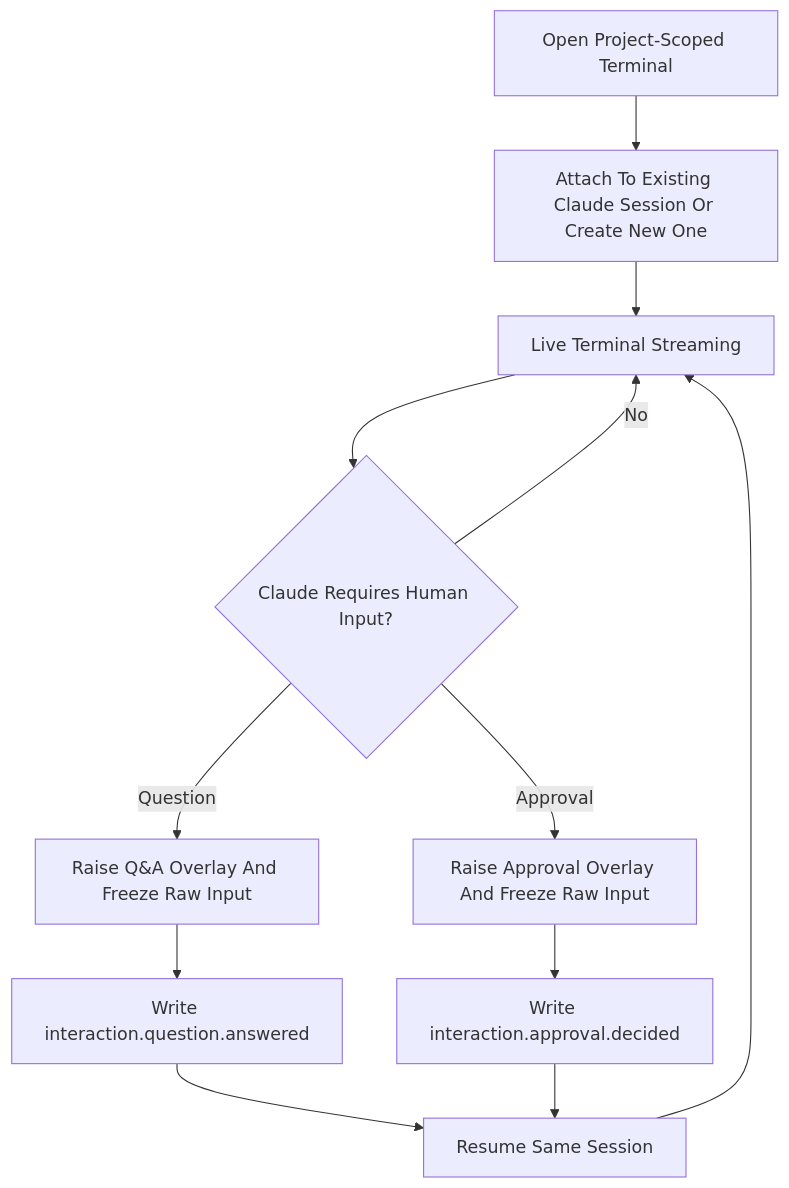
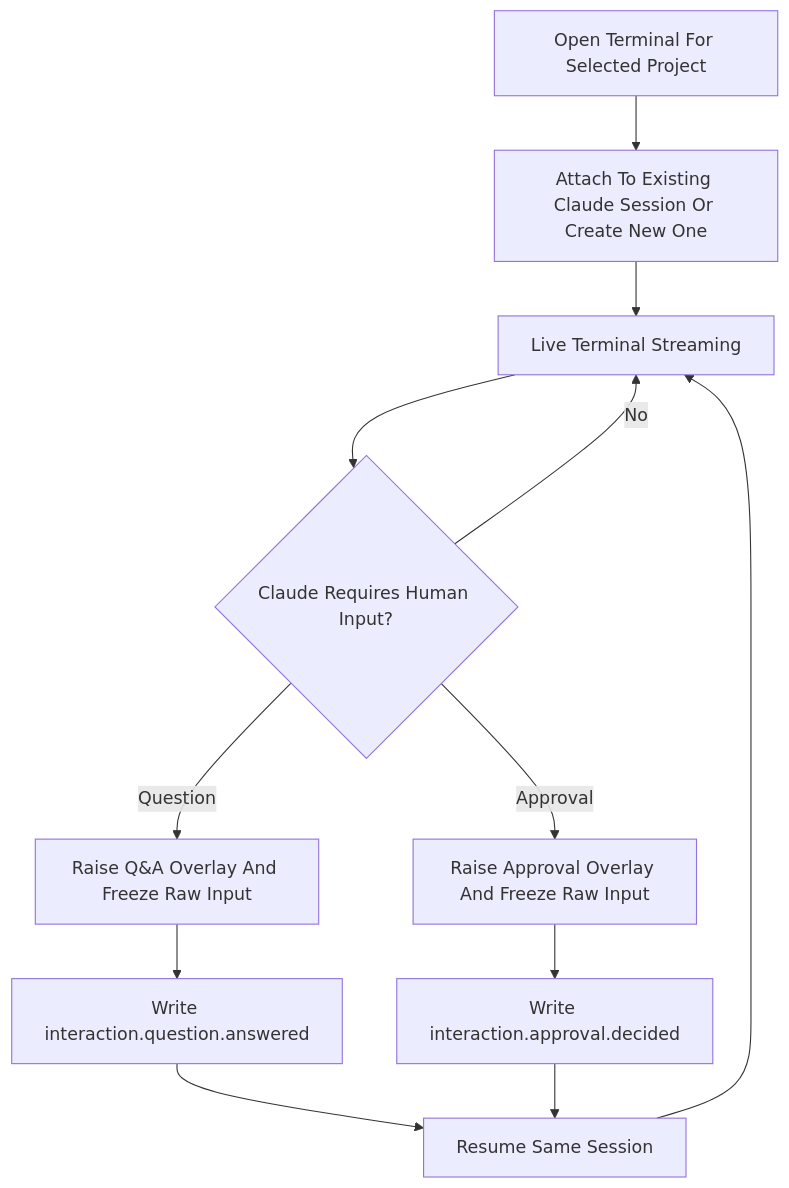
The first of 2 diagrams in docs/prd/PRD-imac-cli-terminal-orchestration.md (ericwanghp/lrac-uiux), drawn with Mermaid before and after one commit. The commit also changed other lines of this file and 29 other files, not shown here.

````diff
--- a/docs/prd/PRD-imac-cli-terminal-orchestration.md
+++ b/docs/prd/PRD-imac-cli-terminal-orchestration.md
@@ -129,14 +129,14 @@
 ```mermaid
 flowchart TD
-  A["Open Project-Scoped Terminal"] --> B["Attach To Existing Claude Session Or Create New One"]
+  A["Open Terminal For Selected Project"] --> B["Attach To Existing Claude Session Or Create New One"]
   B --> C["Live Terminal Streaming"]
   C --> D{"Claude Requires Human Input?"}
   D -->|No| C
   D -->|Question| E["Raise Q&A Overlay And Freeze Raw Input"]
   D -->|Approval| F["Raise Approval Overlay And Freeze Raw Input"]
   E --> G["Write interaction.question.answered"]
   F --> H["Write interaction.approval.decided"]
   G --> I["Resume Same Session"]
   H --> I
   I --> C
 ```
````
